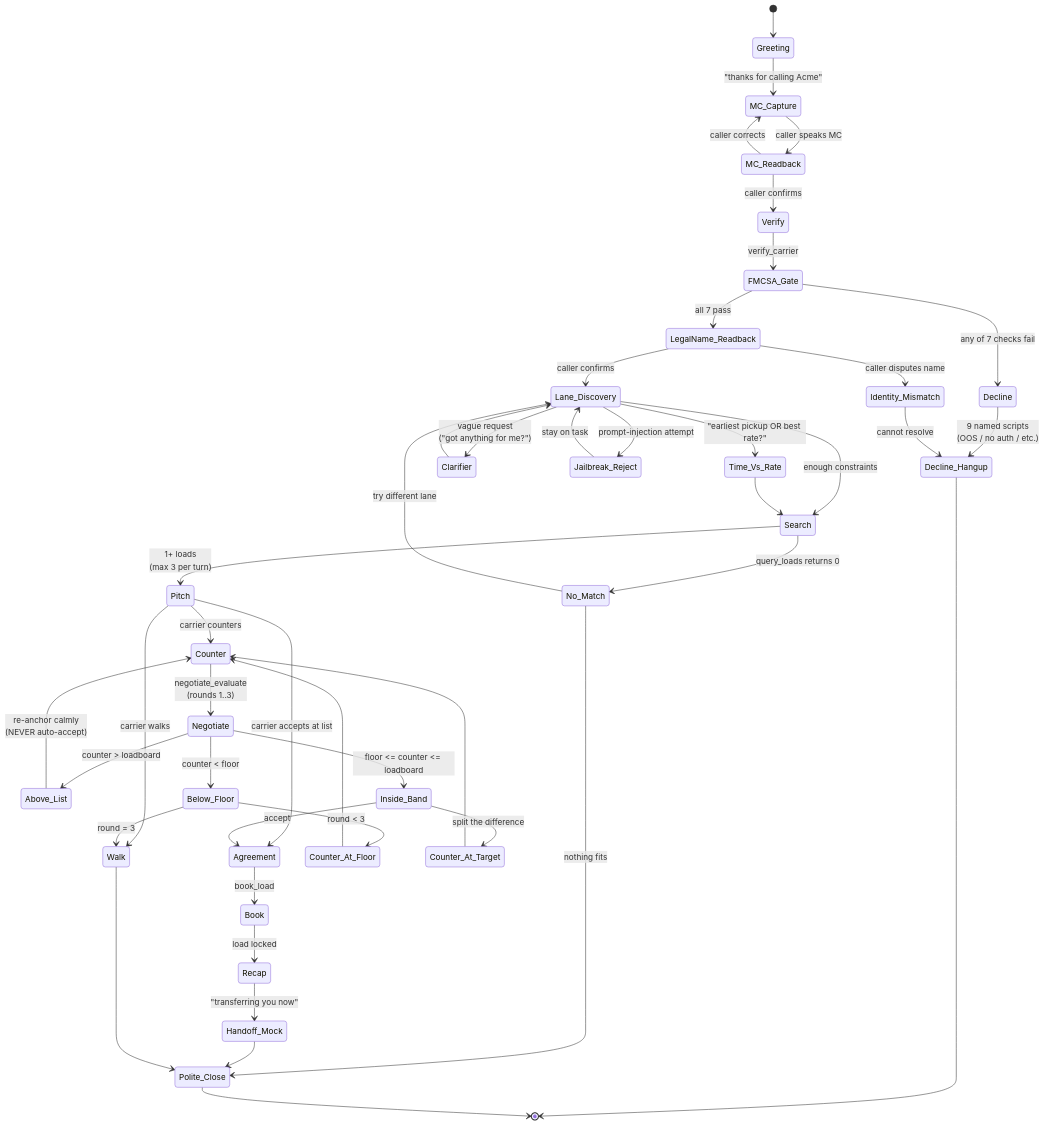
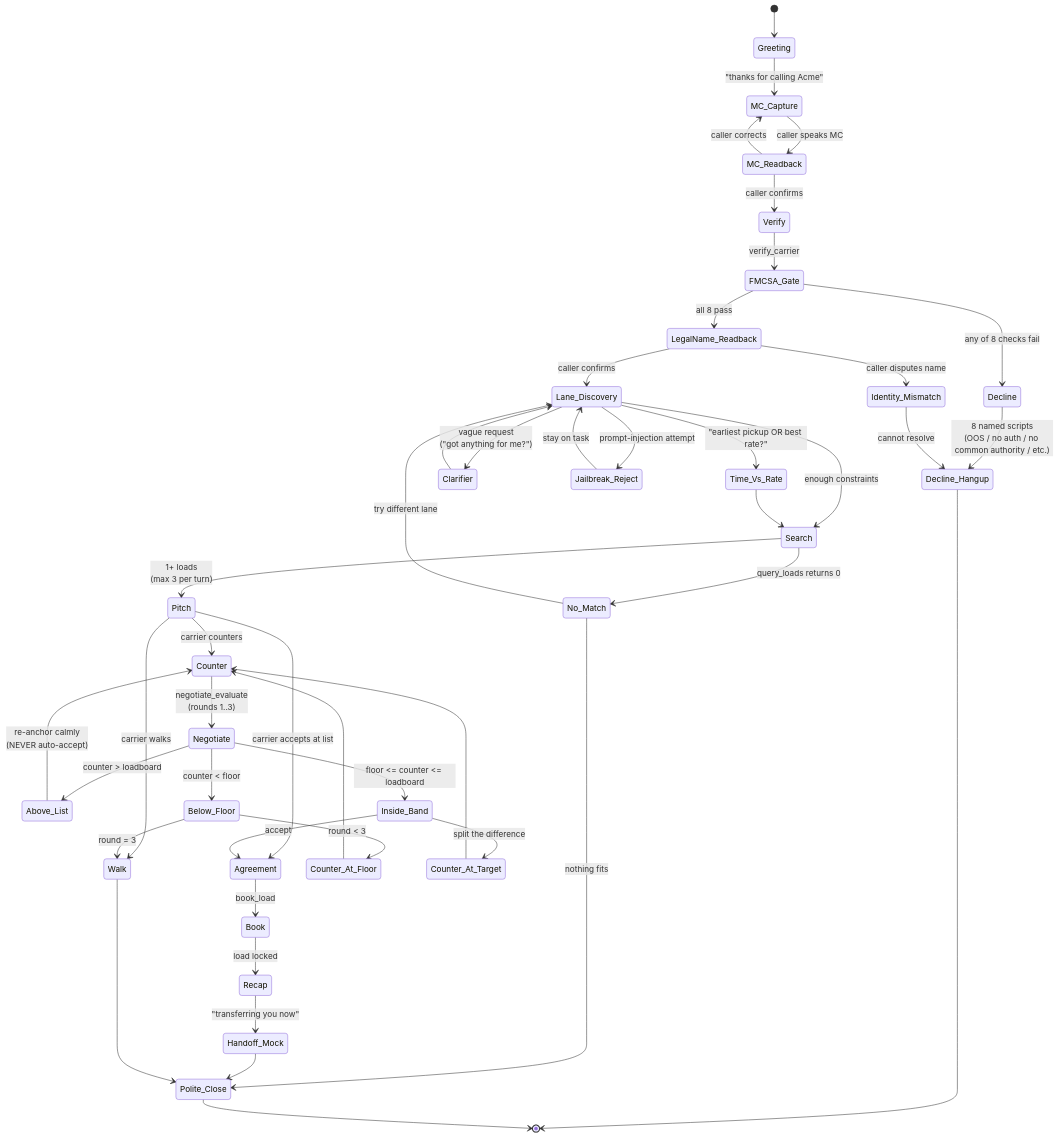
Before and after one commit to AndresMorones/Robot: the second of 2 diagrams in ARCHITECTURE.md, drawn with Mermaid. The commit also changed other lines of this file and 3 other files, not shown here.

````diff
--- a/ARCHITECTURE.md
+++ b/ARCHITECTURE.md
@@ -98,58 +98,58 @@
 ```mermaid
 stateDiagram-v2
     [*] --> Greeting
     Greeting --> MC_Capture: "thanks for calling Acme"
     MC_Capture --> MC_Readback: caller speaks MC
     MC_Readback --> Verify: caller confirms
     MC_Readback --> MC_Capture: caller corrects
 
     Verify --> FMCSA_Gate: verify_carrier
-    FMCSA_Gate --> Decline: any of 7 checks fail
-    FMCSA_Gate --> LegalName_Readback: all 7 pass
+    FMCSA_Gate --> Decline: any of 8 checks fail
+    FMCSA_Gate --> LegalName_Readback: all 8 pass
 
-    Decline --> Decline_Hangup: 9 named scripts<br/>(OOS / no auth / etc.)
+    Decline --> Decline_Hangup: 8 named scripts<br/>(OOS / no auth / no common authority / etc.)
     Decline_Hangup --> [*]
 
     LegalName_Readback --> Identity_Mismatch: caller disputes name
     LegalName_Readback --> Lane_Discovery: caller confirms
 
     Identity_Mismatch --> Decline_Hangup: cannot resolve
 
     Lane_Discovery --> Clarifier: vague request<br/>("got anything for me?")
     Clarifier --> Lane_Discovery
     Lane_Discovery --> Search: enough constraints
 
     Search --> No_Match: query_loads returns 0
     Search --> Pitch: 1+ loads<br/>(max 3 per turn)
     No_Match --> Lane_Discovery: try different lane
     No_Match --> Polite_Close: nothing fits
 
     Pitch --> Counter: carrier counters
     Pitch --> Agreement: carrier accepts at list
     Pitch --> Walk: carrier walks
 
     Counter --> Negotiate: negotiate_evaluate<br/>(rounds 1..3)
     Negotiate --> Above_List: counter > loadboard
     Negotiate --> Below_Floor: counter < floor
     Negotiate --> Inside_Band: floor <= counter <= loadboard
 
     Above_List --> Counter: re-anchor calmly<br/>(NEVER auto-accept)
     Below_Floor --> Counter_At_Floor: round < 3
     Below_Floor --> Walk: round = 3
     Inside_Band --> Agreement: accept
     Inside_Band --> Counter_At_Target: split the difference
     Counter_At_Floor --> Counter
     Counter_At_Target --> Counter
 
     Agreement --> Book: book_load
     Book --> Recap: load locked
     Recap --> Handoff_Mock: "transferring you now"
     Handoff_Mock --> Polite_Close
     Polite_Close --> [*]
     Walk --> Polite_Close
 
     Lane_Discovery --> Jailbreak_Reject: prompt-injection attempt
     Jailbreak_Reject --> Lane_Discovery: stay on task
     Lane_Discovery --> Time_Vs_Rate: "earliest pickup OR best rate?"
     Time_Vs_Rate --> Search
 ```
````
